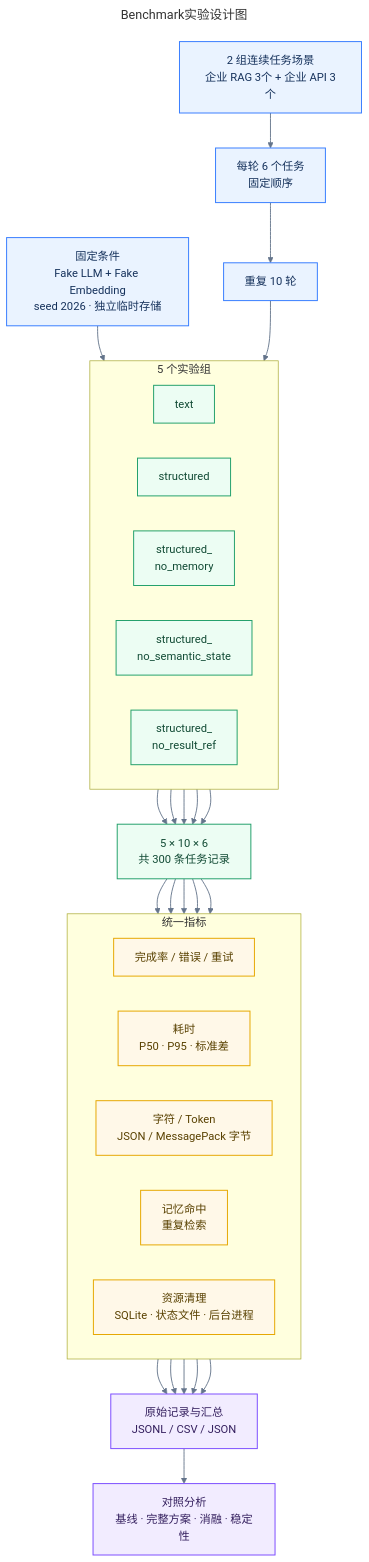
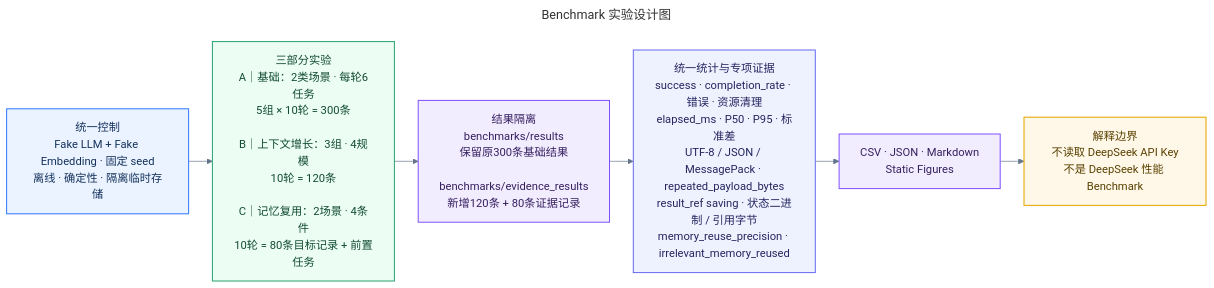
The diagram in docs/diagrams/benchmark_design.mmd (fjy1111/memlink), drawn with Mermaid before and after one commit. The commit also changed 24 other files, not shown here.

Commit message:
docs: 统一比赛架构图与流程图

```diff
--- a/docs/diagrams/benchmark_design.mmd
+++ b/docs/diagrams/benchmark_design.mmd
@@ -1,63 +1,27 @@
 ---
-title: Benchmark实验设计图
+title: Benchmark 实验设计图
 ---
-%% 图示说明：展示固定任务、五组对照、十轮执行、三百条记录及汇总指标的可复现实验设计。
-flowchart TD
-    TASKS["2 组连续任务场景<br/>企业 RAG 3个 + 企业 API 3个"]
-    ROUND["每轮 6 个任务<br/>固定顺序"]
-    REPEAT["重复 10 轮"]
-    FIXED["固定条件<br/>Fake LLM + Fake Embedding<br/>seed 2026 · 独立临时存储"]
+%% 图示说明：汇总基础 Benchmark、上下文增长与记忆复用实验的公平控制、结果隔离和证据口径。
+%%{init: {"theme":"base","flowchart":{"curve":"basis","nodeSpacing":24,"rankSpacing":34},"themeVariables":{"fontFamily":"Microsoft YaHei, Noto Sans CJK SC, sans-serif","fontSize":"16px","lineColor":"#64748B"}}}%%
+flowchart LR
+    CONTROL["统一控制<br/>Fake LLM + Fake Embedding · 固定 seed<br/>离线 · 确定性 · 隔离临时存储"]
 
-    subgraph MATRIX["5 个实验组"]
-        direction LR
-        TEXT["text"]
-        STRUCT["structured"]
-        NO_MEMORY["structured_<br/>no_memory"]
-        NO_STATE["structured_<br/>no_semantic_state"]
-        NO_REF["structured_<br/>no_result_ref"]
-    end
+    EXPERIMENTS["三部分实验<br/>A｜基础：2类场景 · 每轮6任务<br/>5组 × 10轮 = 300条<br/><br/>B｜上下文增长：3组 · 4规模<br/>10轮 = 120条<br/><br/>C｜记忆复用：2场景 · 4条件<br/>10轮 = 80条目标记录 + 前置任务"]
+    OUTPUTS["结果隔离<br/>benchmarks/results<br/>保留原300条基础结果<br/><br/>benchmarks/evidence_results<br/>新增120条 + 80条证据记录"]
+    METRICS["统一统计与专项证据<br/>success · completion_rate · 错误 · 资源清理<br/>elapsed_ms · P50 · P95 · 标准差<br/>UTF-8 / JSON / MessagePack · repeated_payload_bytes<br/>result_ref saving · 状态二进制 / 引用字节<br/>memory_reuse_precision · irrelevant_memory_reused"]
+    ARTIFACT["CSV · JSON · Markdown<br/>Static Figures"]
+    BOUNDARY["解释边界<br/>不读取 DeepSeek API Key<br/>不是 DeepSeek 性能 Benchmark"]
 
-    RECORDS["5 × 10 × 6<br/>共 300 条任务记录"]
+    CONTROL --> EXPERIMENTS --> OUTPUTS --> METRICS --> ARTIFACT --> BOUNDARY
 
-    subgraph METRIC_GROUPS["统一指标"]
-        direction LR
-        QUALITY["完成率 / 错误 / 重试"]
-        LATENCY["耗时<br/>P50 · P95 · 标准差"]
-        COMM["字符 / Token<br/>JSON / MessagePack 字节"]
-        MEMORY["记忆命中<br/>重复检索"]
-        RESOURCE["资源清理<br/>SQLite · 状态文件 · 后台进程"]
-    end
+    classDef control fill:#EAF3FF,stroke:#377DFF,color:#16325C,stroke-width:1.5px;
+    classDef experiment fill:#ECFDF3,stroke:#22A06B,color:#124B35,stroke-width:1.4px;
+    classDef metric fill:#EEF2FF,stroke:#6366F1,color:#24265F,stroke-width:1.4px;
+    classDef output fill:#F2ECFF,stroke:#7C4DFF,color:#35205F,stroke-width:1.4px;
+    classDef boundary fill:#FFF8E8,stroke:#E6A700,color:#594100,stroke-width:1.5px;
 
-    OUTPUT["原始记录与汇总<br/>JSONL / CSV / JSON"]
-    CONCLUSION["对照分析<br/>基线 · 完整方案 · 消融 · 稳定性"]
-
-    TASKS --> ROUND --> REPEAT
-    FIXED --> MATRIX
-    REPEAT --> MATRIX
-    TEXT --> RECORDS
-    STRUCT --> RECORDS
-    NO_MEMORY --> RECORDS
-    NO_STATE --> RECORDS
-    NO_REF --> RECORDS
-    RECORDS --> QUALITY
-    RECORDS --> LATENCY
-    RECORDS --> COMM
-    RECORDS --> MEMORY
-    RECORDS --> RESOURCE
-    QUALITY --> OUTPUT
-    LATENCY --> OUTPUT
-    COMM --> OUTPUT
-    MEMORY --> OUTPUT
-    RESOURCE --> OUTPUT
-    OUTPUT --> CONCLUSION
-
-    classDef input fill:#EAF3FF,stroke:#377DFF,color:#16325C,stroke-width:1.4px;
-    classDef experiment fill:#ECFDF3,stroke:#22A06B,color:#124B35,stroke-width:1.4px;
-    classDef metric fill:#FFF8E8,stroke:#E6A700,color:#594100,stroke-width:1.4px;
-    classDef output fill:#F2ECFF,stroke:#7C4DFF,color:#35205F,stroke-width:1.4px;
-
-    class TASKS,ROUND,REPEAT,FIXED input;
-    class TEXT,STRUCT,NO_MEMORY,NO_STATE,NO_REF,RECORDS experiment;
-    class QUALITY,LATENCY,COMM,MEMORY,RESOURCE metric;
-    class OUTPUT,CONCLUSION output;
-    linkStyle default stroke:#64748B,stroke-width:1.3px;
+    class CONTROL control;
+    class EXPERIMENTS experiment;
+    class METRICS metric;
+    class OUTPUTS,ARTIFACT output;
+    class BOUNDARY boundary;
```
